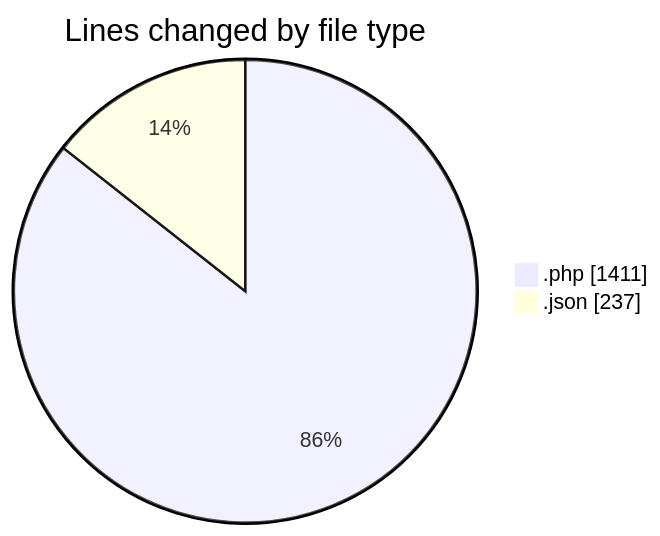
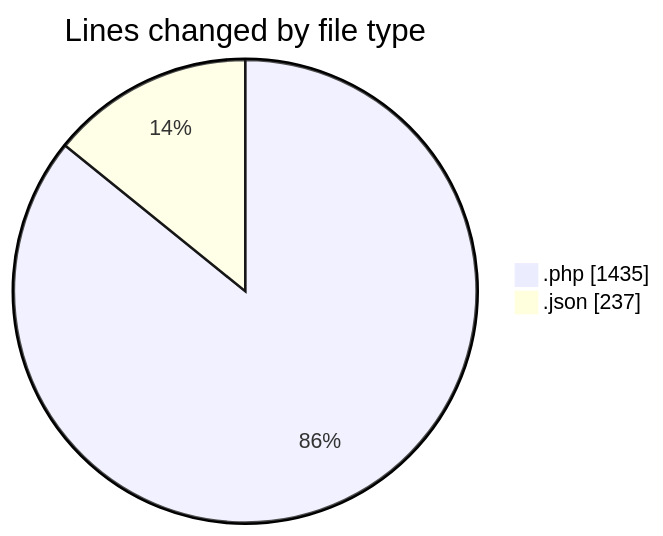
Before and after one commit to idhammustaqopulfikri/code-tracking: the first of 2 diagrams in 2025-06-20/studio-backend/README.md, drawn with Mermaid. The commit also changed other lines of this file and 1 other file, not shown here.

````diff
--- a/2025-06-20/studio-backend/README.md
+++ b/2025-06-20/studio-backend/README.md
@@ -22,6 +22,6 @@
 ```mermaid
 pie showData
 title Lines changed by file type
-".php" : 1411
+".php" : 1435
 ".json" : 237
 ```
````
